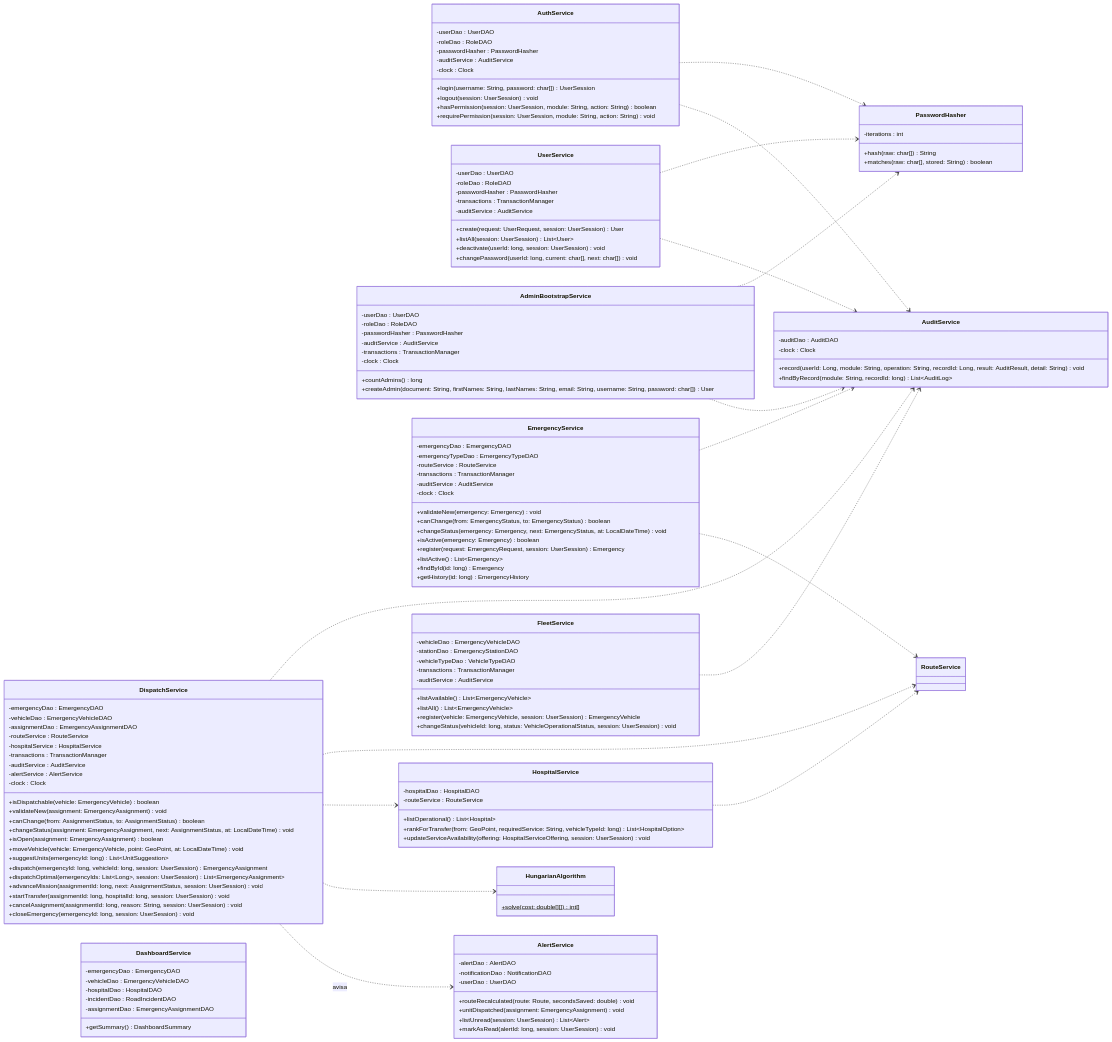
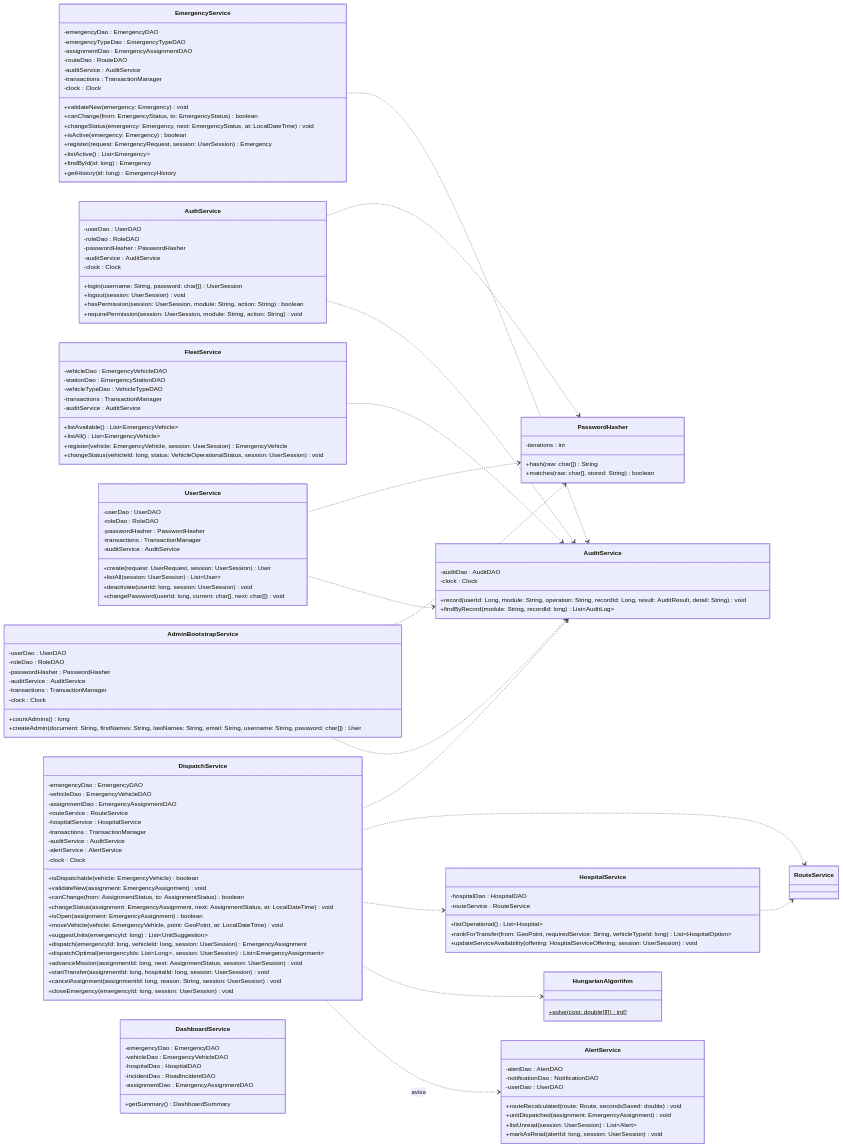
Diagram 15 of 23 in docs/class-diagram.md (afzabaleta/RutaVida), drawn with Mermaid before and after one commit. The commit also changed other lines of this file, not shown here.

Commit message:
docs: update emergency registration diagram

```diff
--- a/docs/class-diagram.md
+++ b/docs/class-diagram.md
@@ -996,13 +996,14 @@
         +createAdmin(document: String, firstNames: String, lastNames: String, email: String, username: String, password: char[]) User
     }
 
-    class EmergencyService {
-        -emergencyDao : EmergencyDAO
-        -emergencyTypeDao : EmergencyTypeDAO
-        -routeService : RouteService
-        -transactions : TransactionManager
-        -auditService : AuditService
-        -clock : Clock
+   class EmergencyService {
+    -emergencyDao : EmergencyDAO
+    -emergencyTypeDao : EmergencyTypeDAO
+    -assignmentDao : EmergencyAssignmentDAO
+    -routeDao : RouteDAO
+    -auditService : AuditService
+    -transactions : TransactionManager
+    -clock : Clock
         +validateNew(emergency: Emergency) void
         +canChange(from: EmergencyStatus, to: EmergencyStatus) boolean
         +changeStatus(emergency: Emergency, next: EmergencyStatus, at: LocalDateTime) void
@@ -1090,7 +1091,6 @@
     EmergencyService ..> AuditService
     DispatchService ..> AuditService
     FleetService ..> AuditService
-    EmergencyService ..> RouteService
     DispatchService ..> RouteService
     DispatchService ..> HospitalService
     DispatchService ..> HungarianAlgorithm
```
